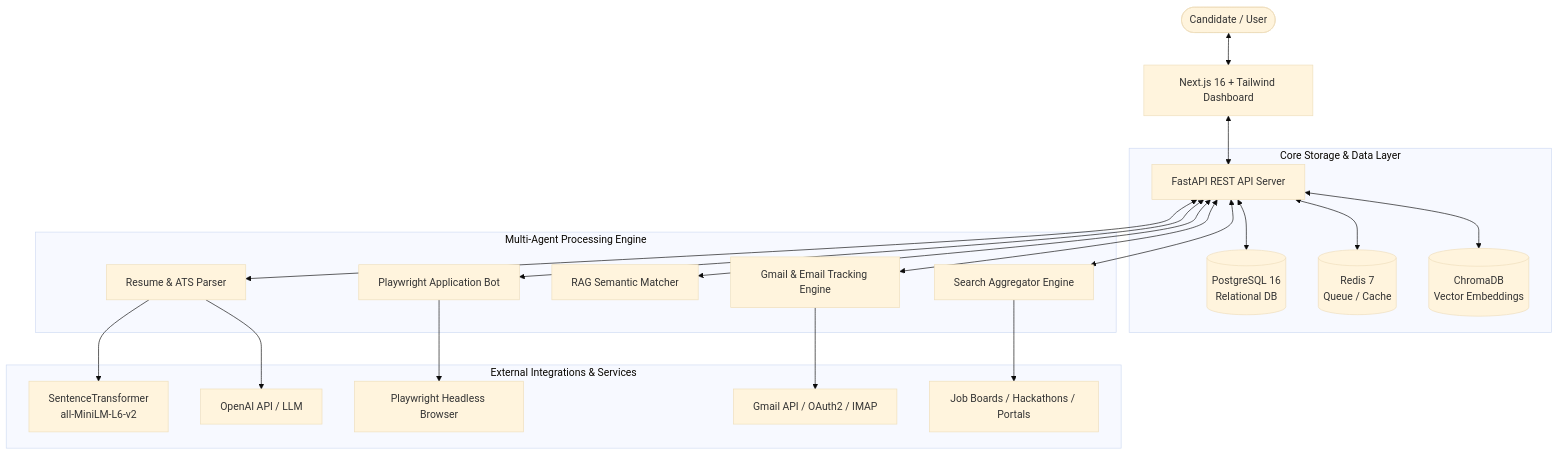
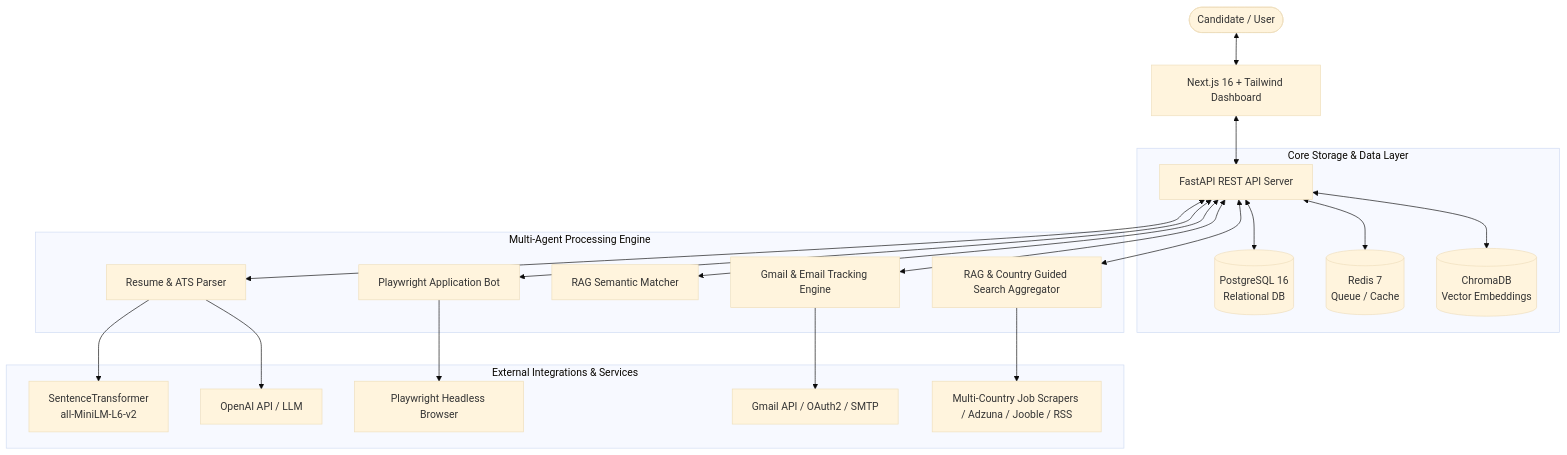
The diagram in README.md (alfa546/Auto-Apply-AI), drawn with Mermaid (base theme) before and after one commit. The commit also changed other lines of this file, not shown here.

Commit message:
docs: update README.md with country search box, RAG search agent, and Gmail application proofs

````diff
--- a/README.md
+++ b/README.md
@@ -93,27 +92,27 @@
 ```mermaid
 graph TD
     User([Candidate / User]) <--> Dashboard[Next.js 16 + Tailwind Dashboard]
     Dashboard <--> REST[FastAPI REST API Server]
     
     subgraph Core Storage & Data Layer
         REST <--> Postgres[(PostgreSQL 16\nRelational DB)]
         REST <--> Redis[(Redis 7\nQueue / Cache)]
         REST <--> VectorDB[(ChromaDB\nVector Embeddings)]
     end
 
     subgraph Multi-Agent Processing Engine
         REST <--> ResumeAgent[Resume & ATS Parser]
-        REST <--> SearchAgent[Search Aggregator Engine]
+        REST <--> SearchAgent[RAG & Country Guided Search Aggregator]
         REST <--> MatchAgent[RAG Semantic Matcher]
         REST <--> ApplyAgent[Playwright Application Bot]
         REST <--> EmailAgent[Gmail & Email Tracking Engine]
     end
 
     subgraph External Integrations & Services
         ResumeAgent --> LocalEmbeddings[SentenceTransformer\nall-MiniLM-L6-v2]
         ResumeAgent --> OpenAI[OpenAI API / LLM]
         ApplyAgent --> Playwright[Playwright Headless Browser]
-        EmailAgent --> Gmail[Gmail API / OAuth2 / IMAP]
-        SearchAgent --> ExternalAPIs[Job Boards / Hackathons / Portals]
+        EmailAgent --> Gmail[Gmail API / OAuth2 / SMTP]
+        SearchAgent --> ExternalAPIs[Multi-Country Job Scrapers / Adzuna / Jooble / RSS]
     end
 ```
````
